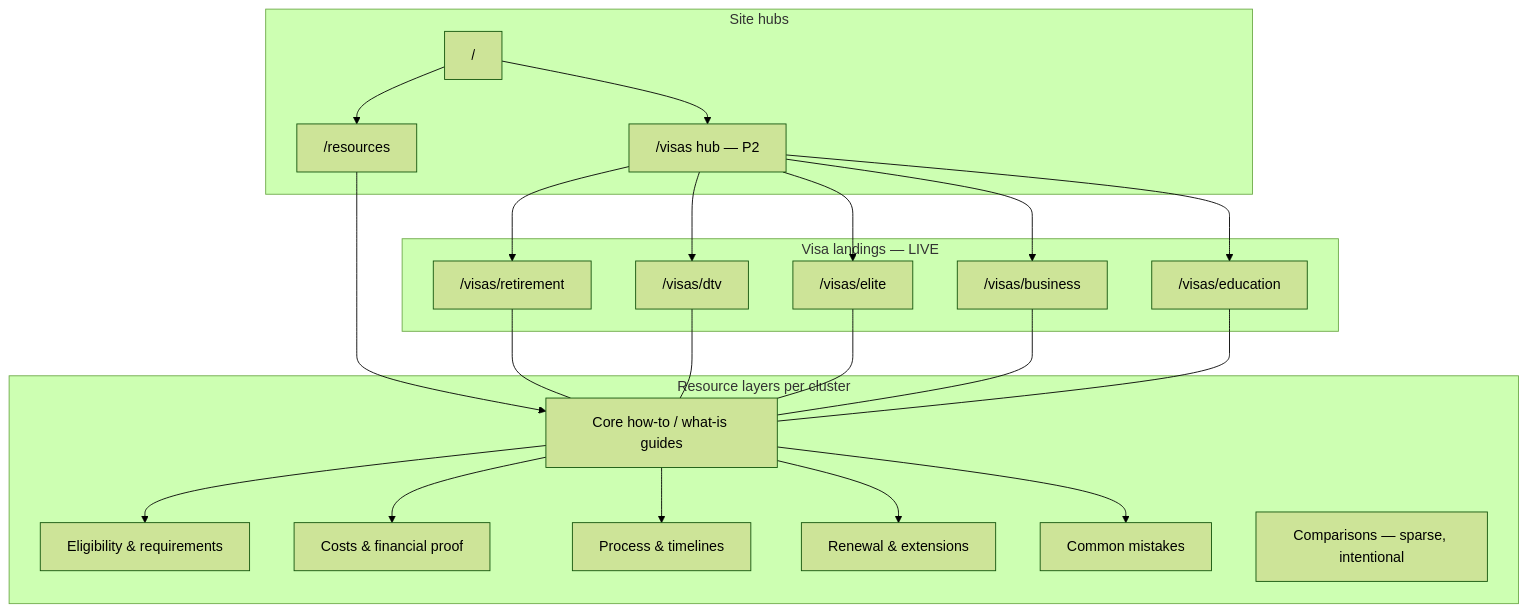
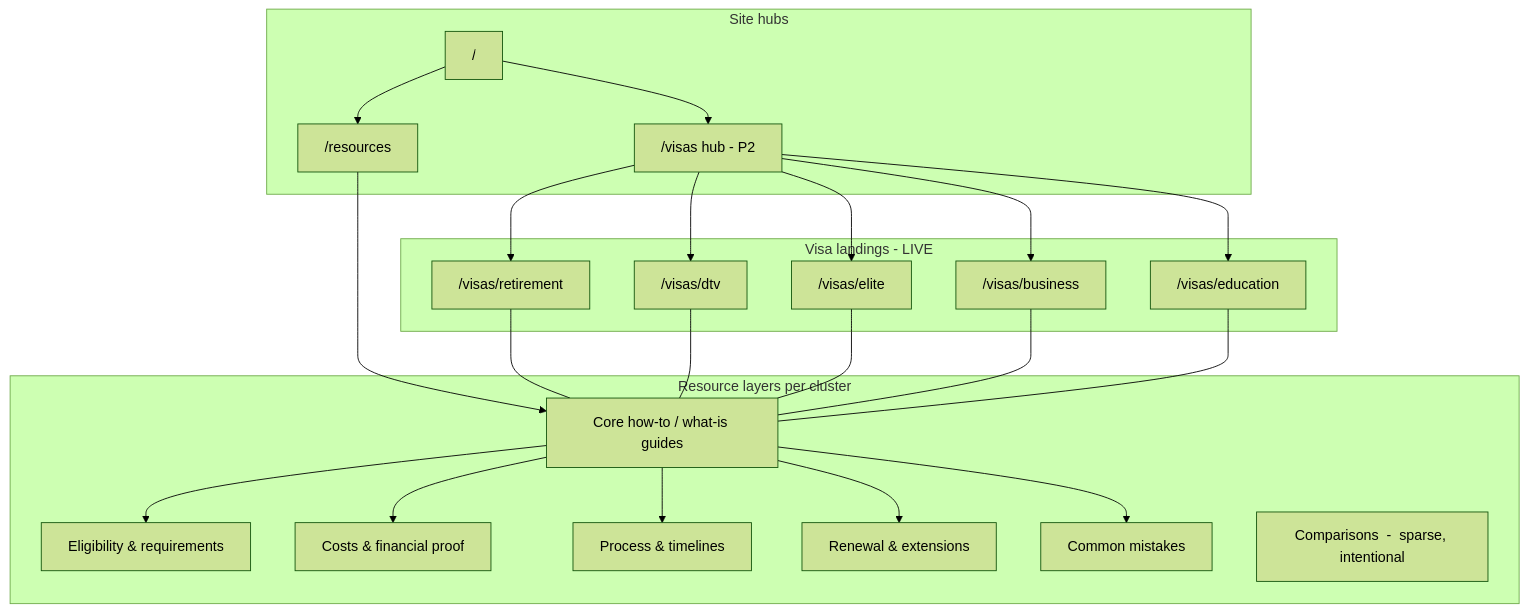
Before and after one commit to 4goldmedia/thai-visa-company: the diagram in CONTENT_ROADMAP.md, drawn with Mermaid (forest theme). The commit also changed other lines of this file and 266 other files, not shown here.

````diff
--- a/CONTENT_ROADMAP.md
+++ b/CONTENT_ROADMAP.md
@@ -26,37 +26,37 @@
 ```mermaid
 flowchart TB
   subgraph hub [Site hubs]
     HOME["/"]
-    VISAS["/visas hub — P2"]
+    VISAS["/visas hub  -  P2"]
     RES["/resources"]
   end
 
-  subgraph visas [Visa landings — LIVE]
+  subgraph visas [Visa landings  -  LIVE]
     R["/visas/retirement"]
     D["/visas/dtv"]
     E["/visas/elite"]
     B["/visas/business"]
     ED["/visas/education"]
   end
 
   subgraph layers [Resource layers per cluster]
     CORE[Core how-to / what-is guides]
     ELIG[Eligibility & requirements]
     COST[Costs & financial proof]
     PROC[Process & timelines]
     REN[Renewal & extensions]
     MIST[Common mistakes]
-    COMP[Comparisons — sparse, intentional]
+    COMP[Comparisons  -  sparse, intentional]
   end
 
   HOME --> VISAS
   HOME --> RES
   VISAS --> R & D & E & B & ED
   RES --> CORE
   CORE --> ELIG & COST & PROC & REN & MIST
   R --- CORE
   D --- CORE
   E --- CORE
   B --- CORE
   ED --- CORE
 ```
````
